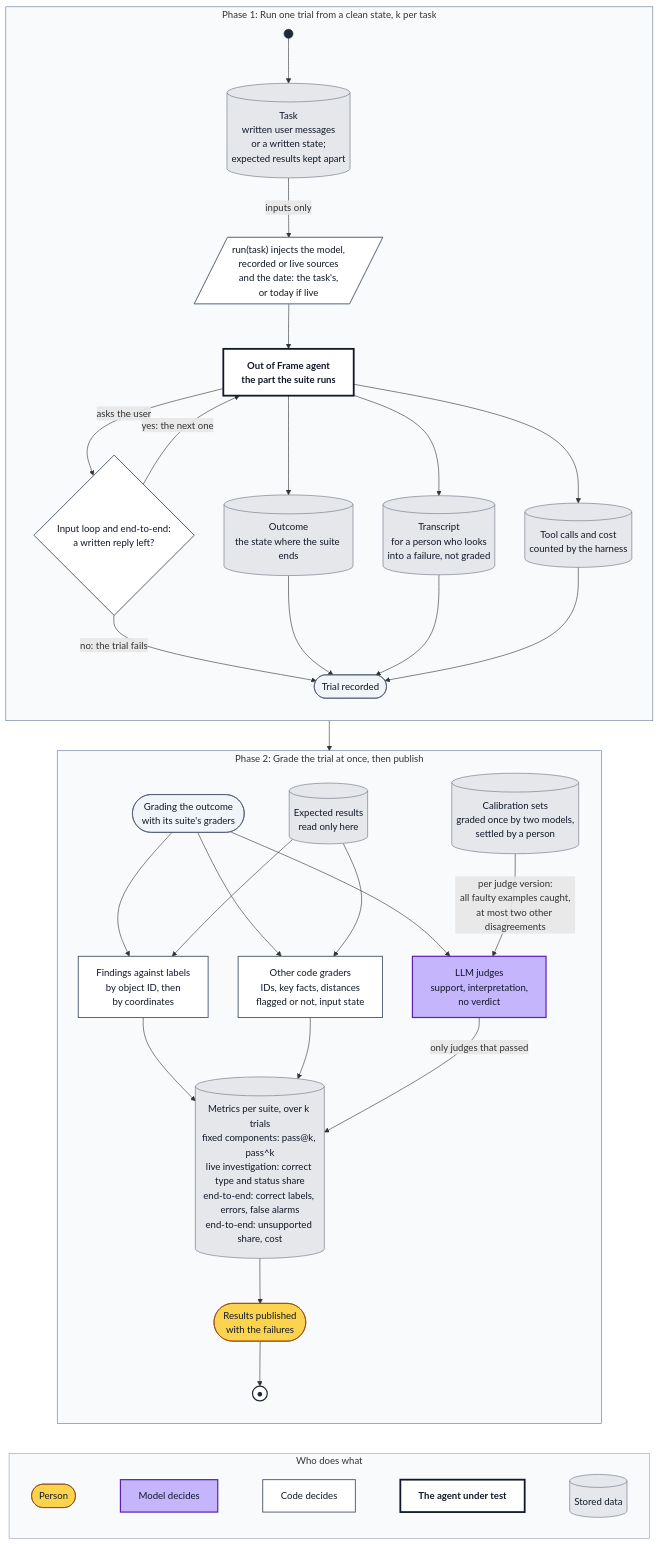
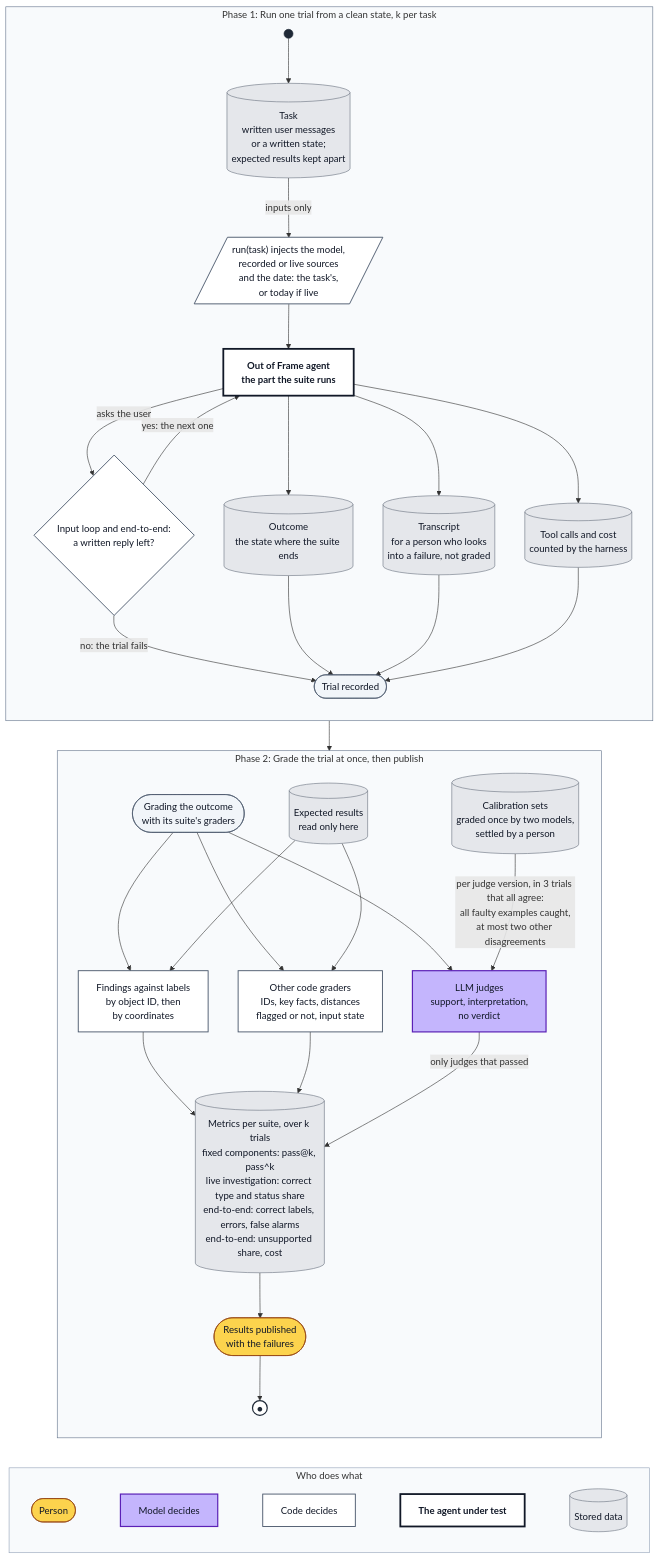
The diagram in docs/eval-architecture.md (avashchenkov/out-of-frame), drawn with Mermaid before and after one commit. The commit also changed other lines of this file and 28 other files, not shown here.

````diff
--- a/docs/eval-architecture.md
+++ b/docs/eval-architecture.md
@@ -457,75 +463,75 @@
 ```mermaid
 flowchart TD
     subgraph TRIALS["Phase 1: Run one trial from a clean state, k per task"]
         direction TB
         START((" ")):::start
         TASK[("Task<br/>written user messages<br/>or a written state;<br/>expected results kept apart")]:::data
         INJ[/"run(task) injects the model,<br/>recorded or live sources<br/>and the date: the task's,<br/>or today if live"/]:::code
         AG["Out of Frame agent<br/>the part the suite runs"]:::sut
         RPL{"Input loop and end-to-end:<br/>a written reply left?"}:::code
         OUTC[("Outcome<br/>the state where the suite ends")]:::data
         TRN[("Transcript<br/>for a person who looks<br/>into a failure, not graded")]:::data
         CNT[("Tool calls and cost<br/>counted by the harness")]:::data
         RD(["Trial recorded"]):::milestone
         START --> TASK
         TASK -->|"inputs only"| INJ
         INJ --> AG
         AG -->|"asks the user"| RPL
         RPL -->|"yes: the next one"| AG
         RPL -->|"no: the trial fails"| RD
         AG --> OUTC
         AG --> TRN
         AG --> CNT
         OUTC --> RD
         TRN --> RD
         CNT --> RD
     end
 
     subgraph GRADE["Phase 2: Grade the trial at once, then publish"]
         direction TB
         GS(["Grading the outcome<br/>with its suite's graders"]):::milestone
         SC[("Expected results<br/>read only here")]:::data
         MATCH["Findings against labels<br/>by object ID, then<br/>by coordinates"]:::code
         CG["Other code graders<br/>IDs, key facts, distances<br/>flagged or not, input state"]:::code
         JG["LLM judges<br/>support, interpretation,<br/>no verdict"]:::model
         CAL[("Calibration sets<br/>graded once by two models,<br/>settled by a person")]:::data
         MET[("Metrics per suite, over k trials<br/>fixed components: pass@k, pass^k<br/>live investigation: correct type and status share<br/>end-to-end: correct labels, errors, false alarms<br/>end-to-end: unsupported share, cost")]:::data
         PUB(["Results published<br/>with the failures"]):::human
         STOP(("●")):::stop
         GS --> MATCH
         GS --> CG
         GS --> JG
         SC --> MATCH
         SC --> CG
-        CAL -->|"per judge version:<br/>all faulty examples caught,<br/>at most two other disagreements"| JG
+        CAL -->|"per judge version, in 3 trials that all agree:<br/>all faulty examples caught,<br/>at most two other disagreements"| JG
         MATCH --> MET
         CG --> MET
         JG -->|"only judges that passed"| MET
         MET --> PUB --> STOP
     end
 
     TRIALS --> GRADE
 
     subgraph KEY["Who does what"]
         direction LR
         k1(["Person"]):::human
         k2["Model decides"]:::model
         k3["Code decides"]:::code
         k6["The agent under test"]:::sut
         k4[("Stored data")]:::data
         k1 ~~~ k2 ~~~ k3 ~~~ k6 ~~~ k4
     end
     GRADE ~~~ KEY
 
     classDef human fill:#fcd34d,stroke:#92400e,color:#111827
     classDef model fill:#c4b5fd,stroke:#5b21b6,stroke-width:2px,color:#111827
     classDef code fill:#ffffff,stroke:#475569,stroke-width:1.5px,color:#111827
     classDef sut fill:#ffffff,stroke:#111827,stroke-width:3px,color:#111827,font-weight:bold
     classDef data fill:#e5e7eb,stroke:#6b7280,color:#111827
     classDef milestone fill:#f1f5f9,stroke:#475569,color:#111827
     classDef start fill:#1f2937,stroke:#1f2937,color:#1f2937
     classDef stop fill:#ffffff,stroke:#1f2937,stroke-width:2px,color:#1f2937
     style TRIALS fill:#f8fafc,stroke:#64748b
     style GRADE fill:#f8fafc,stroke:#64748b
     style KEY fill:#f8fafc,stroke:#94a3b8
 ```
````
